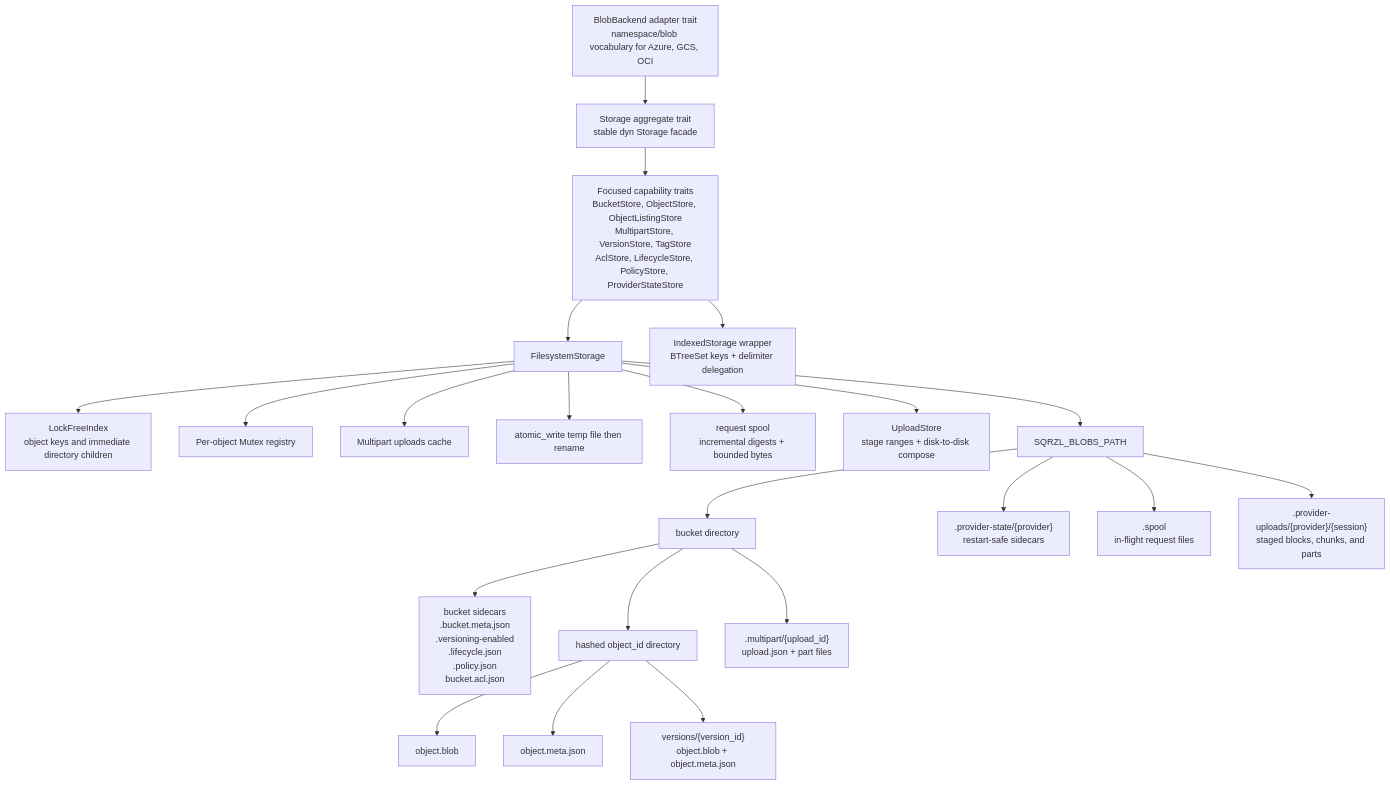
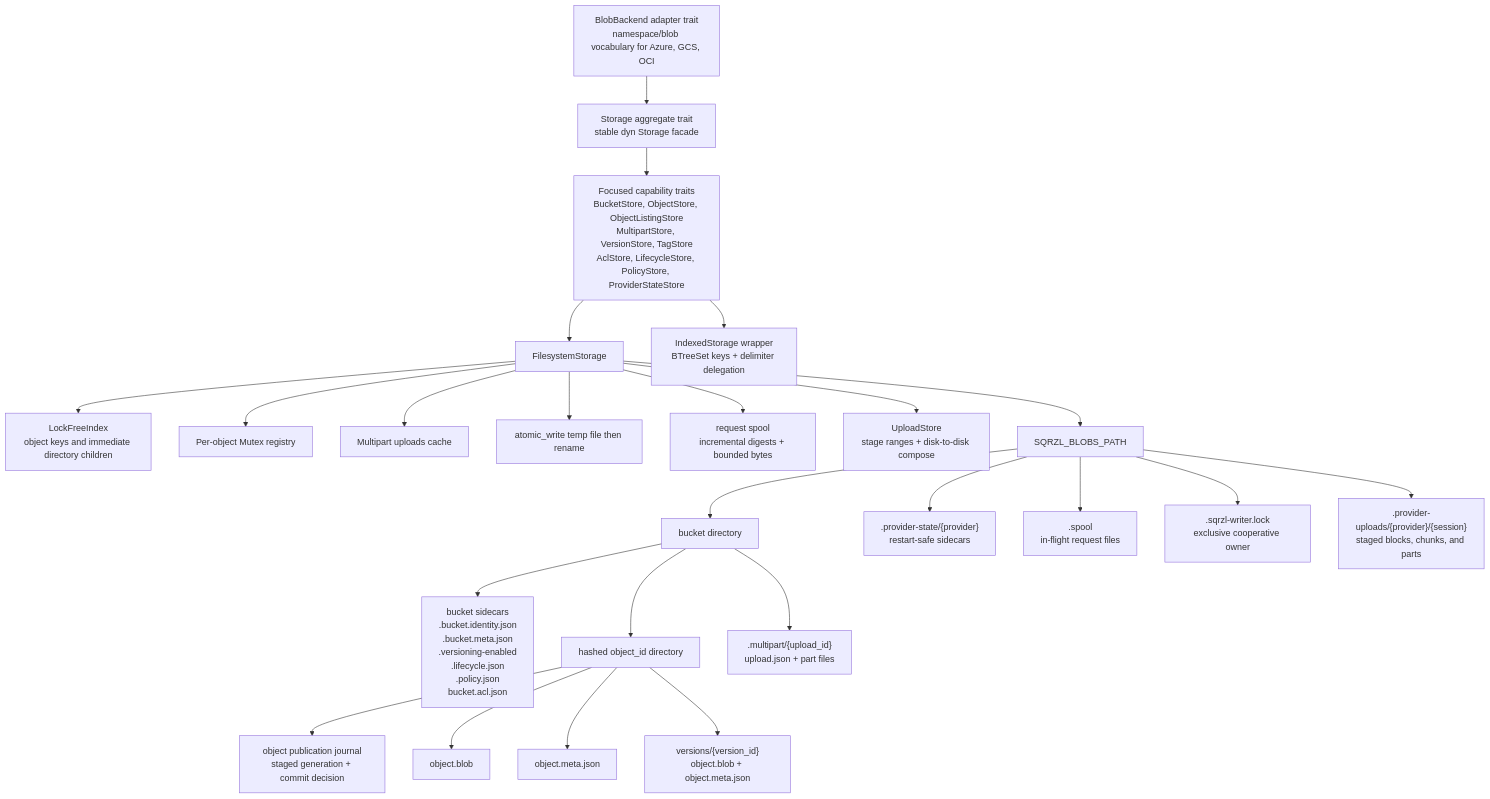
One commit to sqrzl/sqrzl-emulator changed the seventh of 11 diagrams in docs/architecture.md. Above: the diagram before and after it, drawn with Mermaid. The commit also changed other lines of this file and 34 other files, not shown here.

````diff
--- a/docs/architecture.md
+++ b/docs/architecture.md
@@ -256,47 +311,51 @@
 ```mermaid
 flowchart TB
     StorageAggregate["Storage aggregate trait<br/>stable dyn Storage facade"]
     CapabilityTraits["Focused capability traits<br/>BucketStore, ObjectStore, ObjectListingStore<br/>MultipartStore, VersionStore, TagStore<br/>AclStore, LifecycleStore, PolicyStore, ProviderStateStore"]
     BlobBackend["BlobBackend adapter trait<br/>namespace/blob vocabulary for Azure, GCS, OCI"]
     FS["FilesystemStorage"]
     Indexed["IndexedStorage wrapper<br/>BTreeSet keys + delimiter delegation"]
     Index["LockFreeIndex<br/>object keys and immediate directory children"]
     ObjectLocks["Per-object Mutex registry"]
     UploadCache["Multipart uploads cache"]
     AtomicWrite["atomic_write temp file then rename"]
     StreamSpool["request spool<br/>incremental digests + bounded bytes"]
     UploadCompose["UploadStore<br/>stage ranges + disk-to-disk compose"]
 
     Root["SQRZL_BLOBS_PATH"]
     BucketDir["bucket directory"]
-    BucketControl["bucket sidecars<br/>.bucket.meta.json<br/>.versioning-enabled<br/>.lifecycle.json<br/>.policy.json<br/>bucket.acl.json"]
+    BucketControl["bucket sidecars<br/>.bucket.identity.json<br/>.bucket.meta.json<br/>.versioning-enabled<br/>.lifecycle.json<br/>.policy.json<br/>bucket.acl.json"]
     ObjectDir["hashed object_id directory"]
     ObjectBlob["object.blob"]
     ObjectMeta["object.meta.json"]
     Versions["versions/{version_id}<br/>object.blob + object.meta.json"]
     Multipart[".multipart/{upload_id}<br/>upload.json + part files"]
     ProviderState[".provider-state/{provider}<br/>restart-safe sidecars"]
     RequestSpool[".spool<br/>in-flight request files"]
+    RootWriter[".sqrzl-writer.lock<br/>exclusive cooperative owner"]
+    Publication["object publication journal<br/>staged generation + commit decision"]
     ProviderUploads[".provider-uploads/{provider}/{session}<br/>staged blocks, chunks, and parts"]
 
     StorageAggregate --> CapabilityTraits --> FS
     CapabilityTraits --> Indexed
     BlobBackend --> StorageAggregate
     FS --> Index
     FS --> ObjectLocks
     FS --> UploadCache
     FS --> AtomicWrite
     FS --> StreamSpool
     FS --> UploadCompose
     FS --> Root
+    Root --> RootWriter
+    ObjectDir --> Publication
     Root --> BucketDir
     BucketDir --> BucketControl
     BucketDir --> ObjectDir
     ObjectDir --> ObjectBlob
     ObjectDir --> ObjectMeta
     ObjectDir --> Versions
     BucketDir --> Multipart
     Root --> ProviderState
     Root --> RequestSpool
     Root --> ProviderUploads
 ```
````
